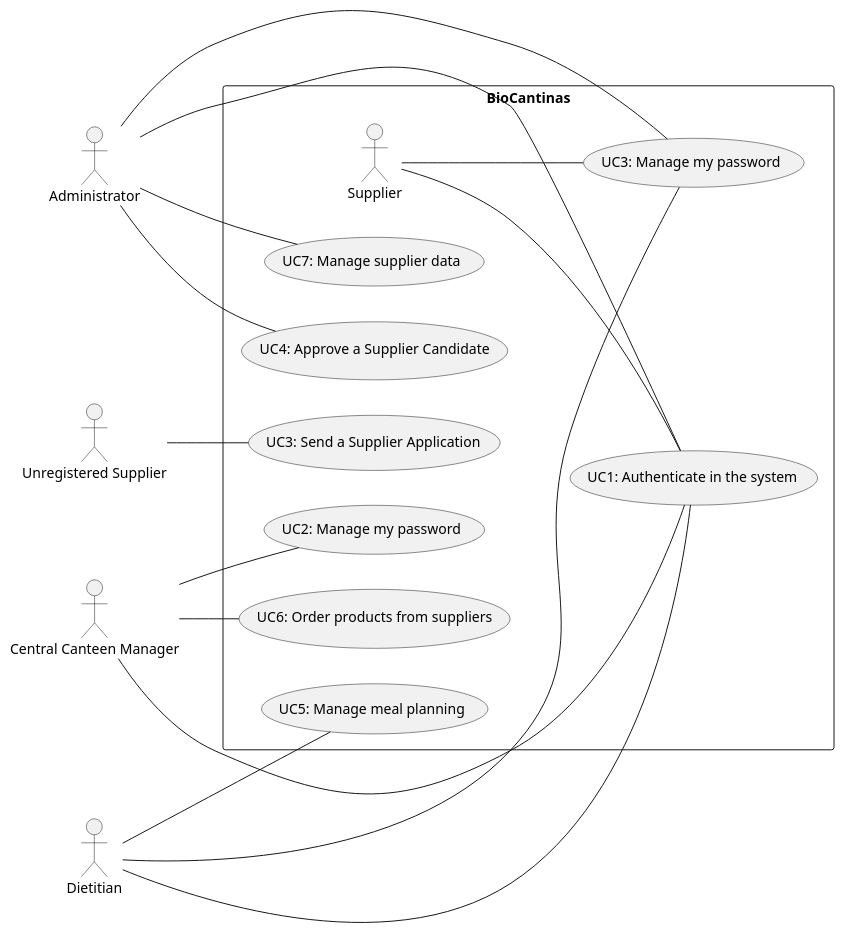
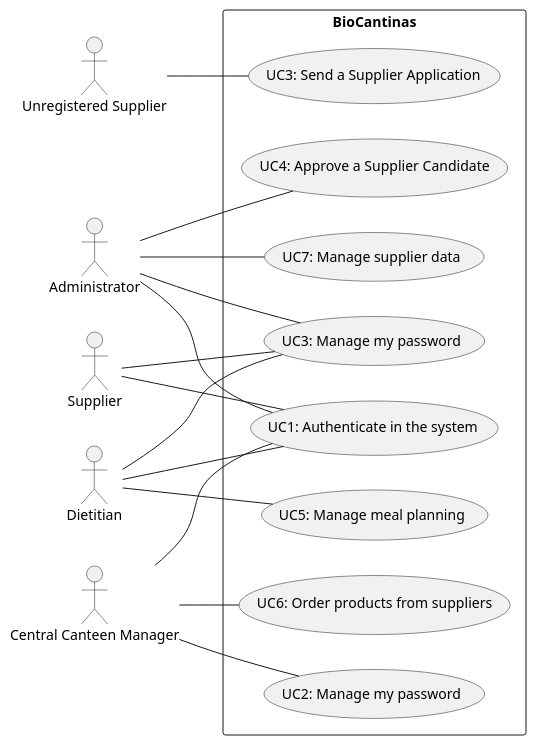
One commit to mei-desofs/desofs2026-thu_ffs_1 changed the diagram in Deliverables/phase1/diagrams/Use Cases/uc.puml. Above: the diagram before and after it, drawn with PlantUML.

Commit message:
update use case puml #1

```diff
--- a/Deliverables/phase1/diagrams/Use Cases/uc.puml
+++ b/Deliverables/phase1/diagrams/Use Cases/uc.puml
@@ -1,33 +1,33 @@
 @startuml
 left to right direction
 
 actor UnregisteredSupplier as "Unregistered Supplier"
 actor Admin as "Administrator"
 actor Dietitian
 actor CentralCanteenManager as "Central Canteen Manager"
-
+actor Supplier
 
 rectangle BioCantinas {
 
     CentralCanteenManager -- (UC1: Authenticate in the system)
     Dietitian -- (UC1: Authenticate in the system)
     Admin -- (UC1: Authenticate in the system)
     Supplier -- (UC1: Authenticate in the system)
 
     CentralCanteenManager -- (UC2: Manage my password)
     Dietitian -- (UC3: Manage my password)
     Admin -- (UC3: Manage my password)
     Supplier -- (UC3: Manage my password)
 
     UnregisteredSupplier -- (UC3: Send a Supplier Application)
 
     Admin -- (UC4: Approve a Supplier Candidate)
 
     Dietitian -- (UC5: Manage meal planning)
 
     CentralCanteenManager -- (UC6: Order products from suppliers)
 
     Admin -- (UC7: Manage supplier data)
 }
 
 @enduml
```
